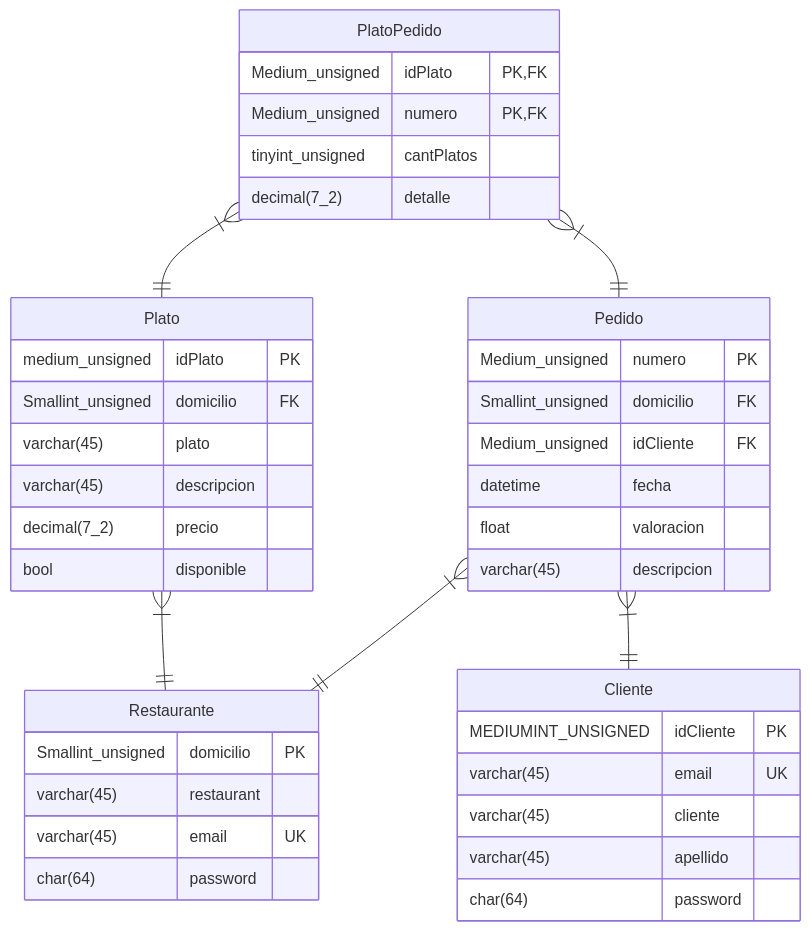
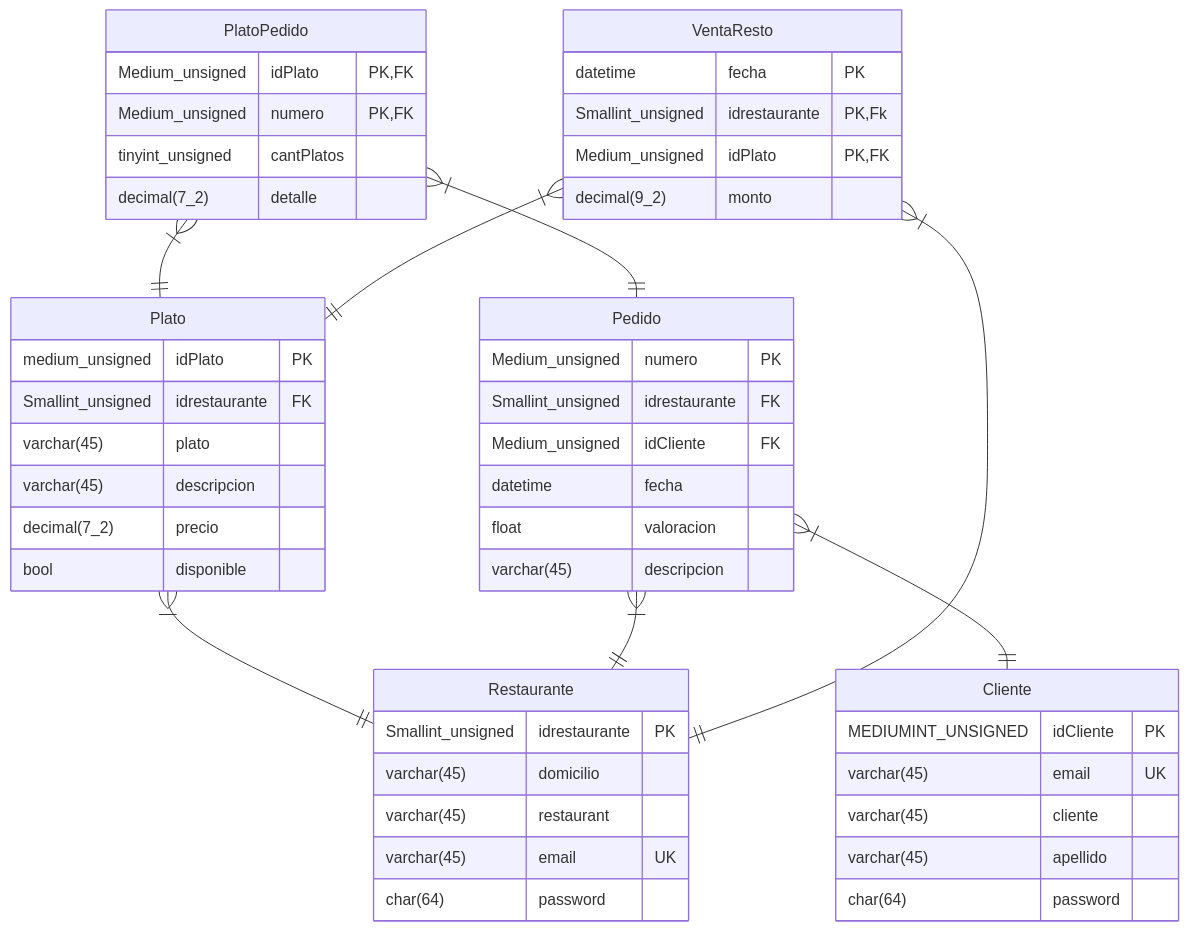
Before and after one commit to FranciscoBHF/Rapi_app: the diagram in doc/README.md, drawn with Mermaid.

Commit message:
Update README.md
Der coregido

````diff
--- a/doc/README.md
+++ b/doc/README.md
@@ -1,44 +1,54 @@
 ```mermaid
 erDiagram
     Restaurante{
-        Smallint_unsigned  domicilio PK
+        Smallint_unsigned  idrestaurante PK
+        varchar(45) domicilio 
         varchar(45) restaurant
         varchar(45) email UK
         char(64) password 
 
     }
     Plato{
         medium_unsigned idPlato PK
-        Smallint_unsigned domicilio FK
+        Smallint_unsigned idrestaurante FK
         varchar(45) plato
         varchar(45) descripcion
         decimal(7_2) precio
         bool disponible
     }   
     Cliente{
         MEDIUMINT_UNSIGNED idCliente PK
         varchar(45) email UK
         varchar(45) cliente
         varchar(45) apellido
         char(64) password
     }
     Pedido{
         Medium_unsigned numero PK
-        Smallint_unsigned domicilio FK
+        Smallint_unsigned  idrestaurante FK
         Medium_unsigned idCliente FK
         datetime fecha
         float valoracion 
         varchar(45) descripcion
     }
     PlatoPedido{
         Medium_unsigned idPlato PK,FK
         Medium_unsigned numero PK,FK
         tinyint_unsigned cantPlatos
         decimal(7_2) detalle 
     }
+    VentaResto{
+        datetime fecha PK
+        Smallint_unsigned  idrestaurante PK,Fk
+        Medium_unsigned idPlato PK,FK
+        decimal(9_2) monto 
+    }
     Plato }|--|| Restaurante : ""
     Pedido }|--|| Restaurante : ""
     PlatoPedido }|--|| Plato : ""
     PlatoPedido }|--|| Pedido : ""
     Pedido }|--|| Cliente : ""
+    VentaResto }|--|| Restaurante : ""
+    VentaResto }|--|| Plato : ""
+
 ```
````
